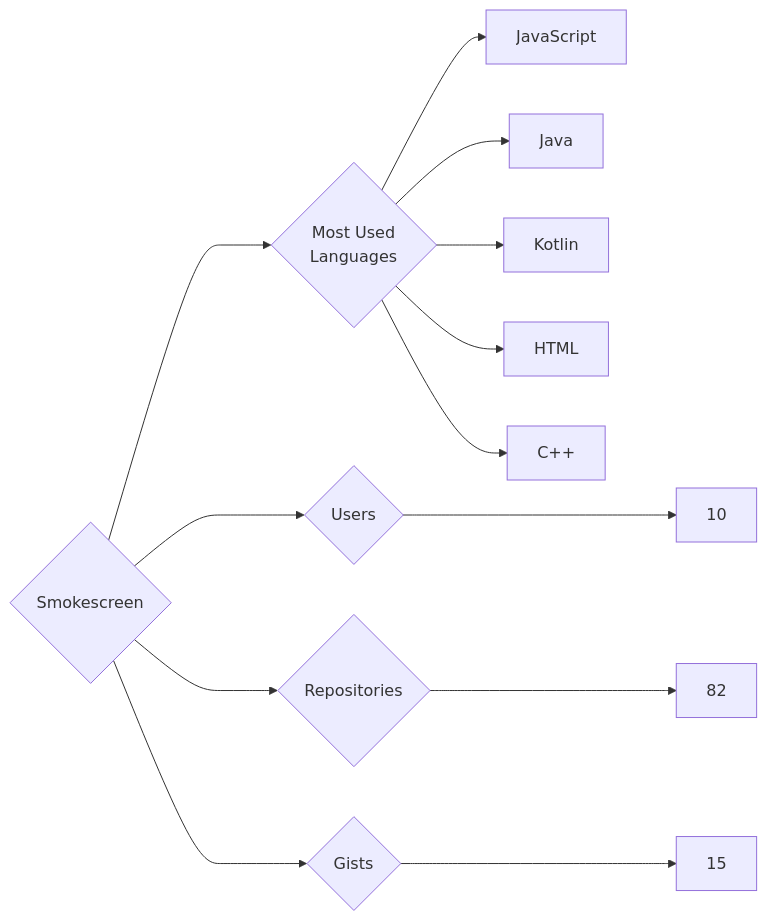
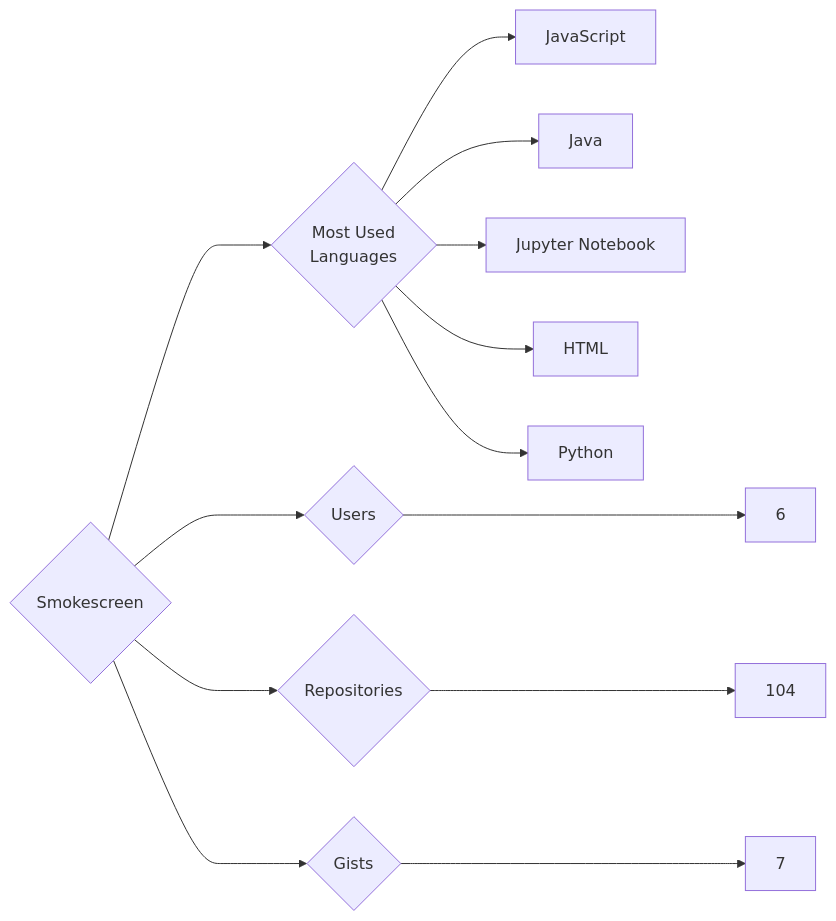
Before and after one commit to trickest/insiders: the diagram in targets/Smokescreen/README.md, drawn with Mermaid. The commit also changed 1508 other files, not shown here.

````diff
--- a/targets/Smokescreen/README.md
+++ b/targets/Smokescreen/README.md
@@ -3,13 +3,13 @@
 ```mermaid
 graph LR
 COMPANY_NAME{Smokescreen}
-COMPANY_NAME ---> U{Users} ---> UN[10]
-COMPANY_NAME ---> R{Repositories} ---> RN[82]
-COMPANY_NAME ---> G{Gists} ---> GN[15]
+COMPANY_NAME ---> U{Users} ---> UN[6]
+COMPANY_NAME ---> R{Repositories} ---> RN[104]
+COMPANY_NAME ---> G{Gists} ---> GN[7]
 COMPANY_NAME ---> ML{Most Used<br>Languages}
 ML --> JavaScript[JavaScript]
 ML --> Java[Java]
-ML --> Kotlin[Kotlin]
+ML --> Jupyter_Notebook[Jupyter Notebook]
 ML --> HTML[HTML]
-ML --> C++[C++]
+ML --> Python[Python]
 ```
````
